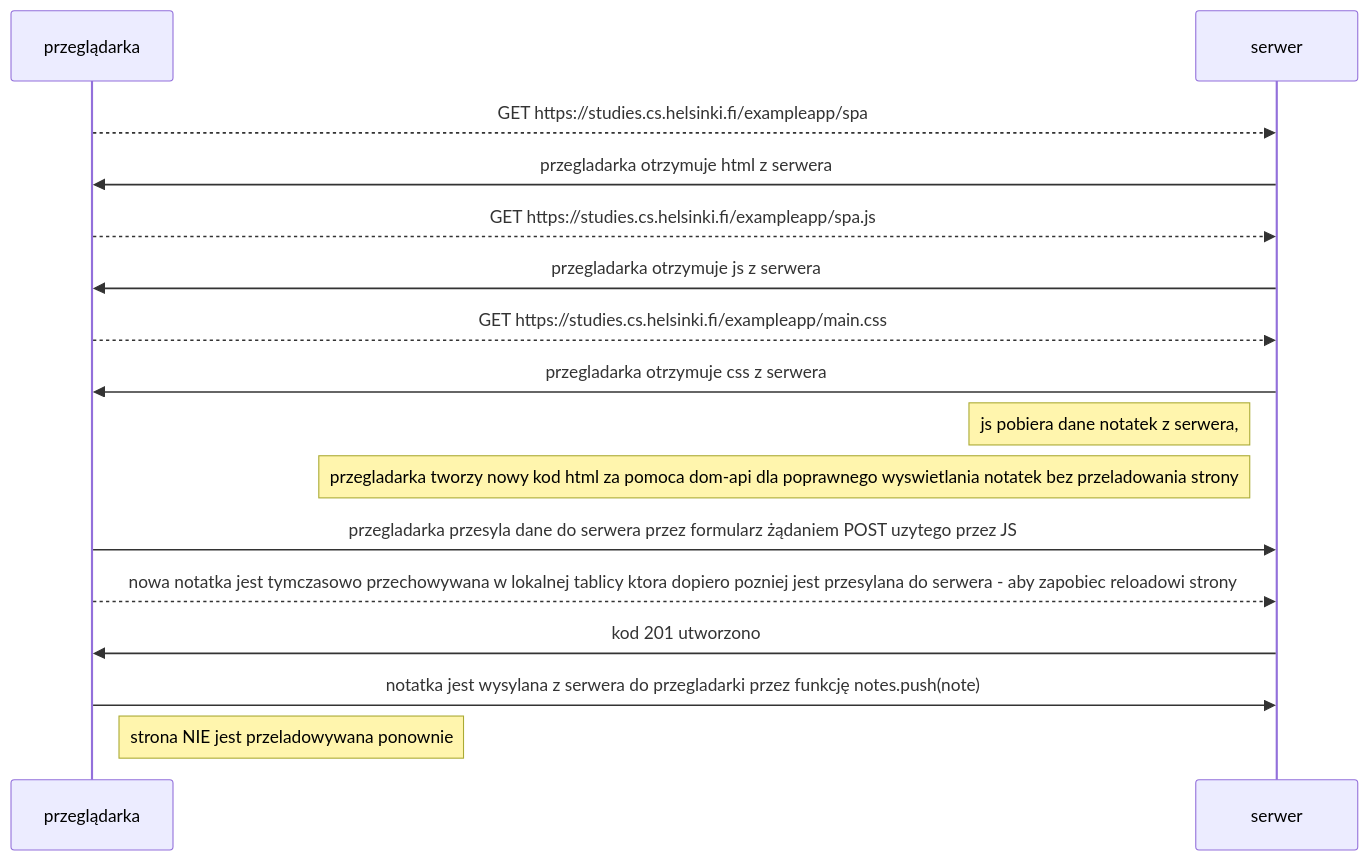
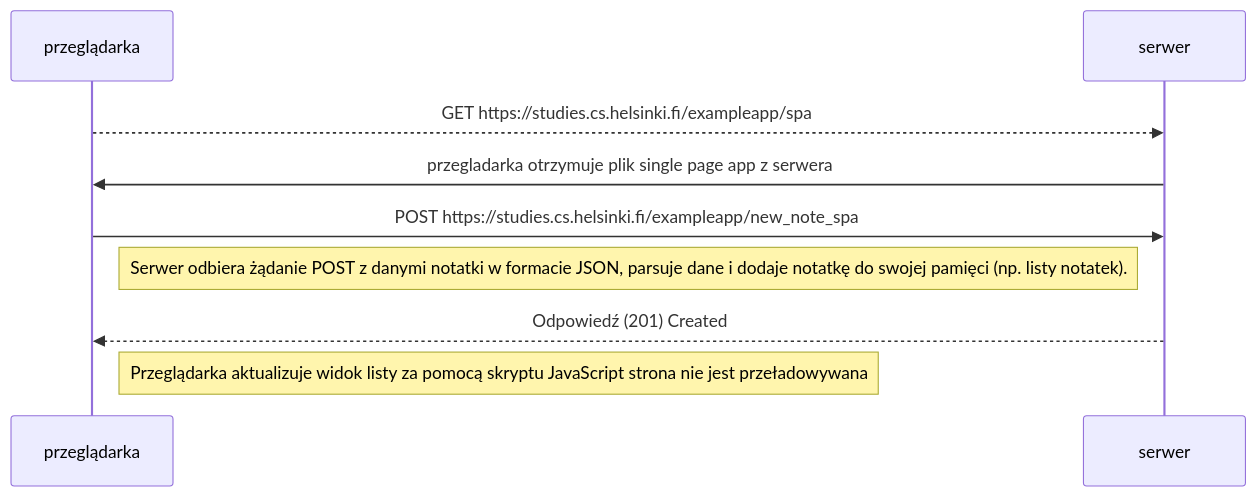
The diagram in zadanie 0.6/zadanie06moczek.mmd (hfbcgg/fullstackzadania), drawn with Mermaid before and after one commit.

```diff
--- a/zadanie 0.6/zadanie06moczek.mmd
+++ b/zadanie 0.6/zadanie06moczek.mmd
@@ -1,16 +1,9 @@
 sequenceDiagram
 participant przeglądarka
 participant serwer
 przeglądarka-->>serwer:GET https://studies.cs.helsinki.fi/exampleapp/spa
-    serwer->>przeglądarka:przegladarka otrzymuje html z serwera
-przeglądarka-->>serwer:GET https://studies.cs.helsinki.fi/exampleapp/spa.js
-    serwer->>przeglądarka:przegladarka otrzymuje js z serwera
-przeglądarka-->>serwer:GET https://studies.cs.helsinki.fi/exampleapp/main.css
-    serwer->>przeglądarka:przegladarka otrzymuje css z serwera
-    note left of serwer:js pobiera dane notatek z serwera, 
-    note left of serwer:przegladarka tworzy nowy kod html za pomoca dom-api dla poprawnego wyswietlania notatek bez przeladowania strony
-    przeglądarka->>serwer:przegladarka przesyla dane do serwera przez formularz żądaniem POST uzytego przez JS
-    przeglądarka-->>serwer:nowa notatka jest tymczasowo przechowywana w lokalnej tablicy ktora dopiero pozniej jest przesylana do serwera - aby zapobiec reloadowi strony
-    serwer->>przeglądarka:kod 201 utworzono
-    przeglądarka->>serwer:notatka jest wysylana z serwera do przegladarki przez funkcję notes.push(note)
-    Note right of przeglądarka:strona NIE jest przeladowywana ponownie
+    serwer->>przeglądarka:przegladarka otrzymuje plik single page app z serwera
+    przeglądarka ->> serwer: POST https://studies.cs.helsinki.fi/exampleapp/new_note_spa
+    Note left of serwer: Serwer odbiera żądanie POST z danymi notatki w formacie JSON, parsuje dane i dodaje notatkę do swojej pamięci (np. listy notatek).
+    serwer -->> przeglądarka: Odpowiedź (201) Created
+    Note right of przeglądarka: Przeglądarka aktualizuje widok listy za pomocą skryptu JavaScript strona nie jest przeładowywana
```
